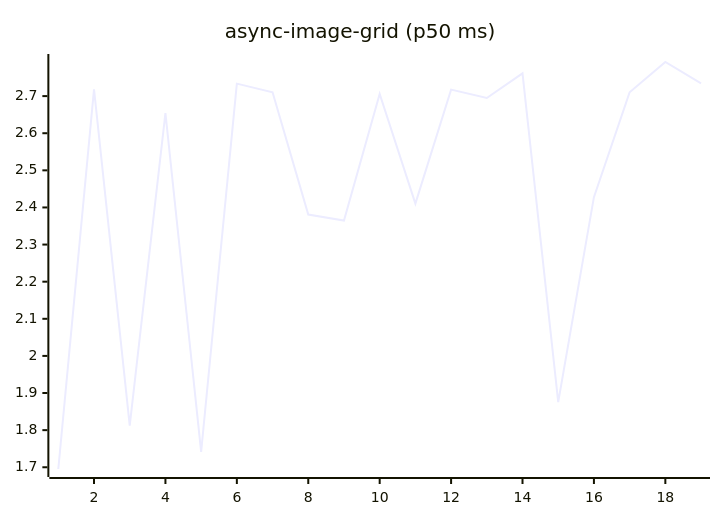
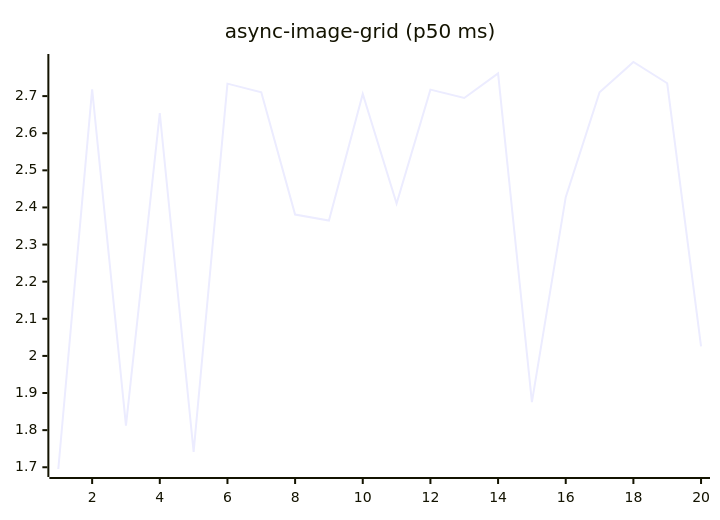
Before and after one commit to josha/Facet: the fifth of 27 diagrams in README.md, drawn with Mermaid. The commit also changed other lines of this file and 2 other files, not shown here.

````diff
--- a/README.md
+++ b/README.md
@@ -91,6 +91,6 @@
 ```mermaid
 xychart-beta
     title "async-image-grid (p50 ms)"
-    x-axis 1 --> 19
-    line [1.6953, 2.7184, 1.8124, 2.6543, 1.7415, 2.7336, 2.7103, 2.3810, 2.3646, 2.7059, 2.4103, 2.7175, 2.6949, 2.7614, 1.8756, 2.4277, 2.7103, 2.7919, 2.7346]
+    x-axis 1 --> 20
+    line [1.6953, 2.7184, 1.8124, 2.6543, 1.7415, 2.7336, 2.7103, 2.3810, 2.3646, 2.7059, 2.4103, 2.7175, 2.6949, 2.7614, 1.8756, 2.4277, 2.7103, 2.7919, 2.7346, 2.0254]
 ```
````
